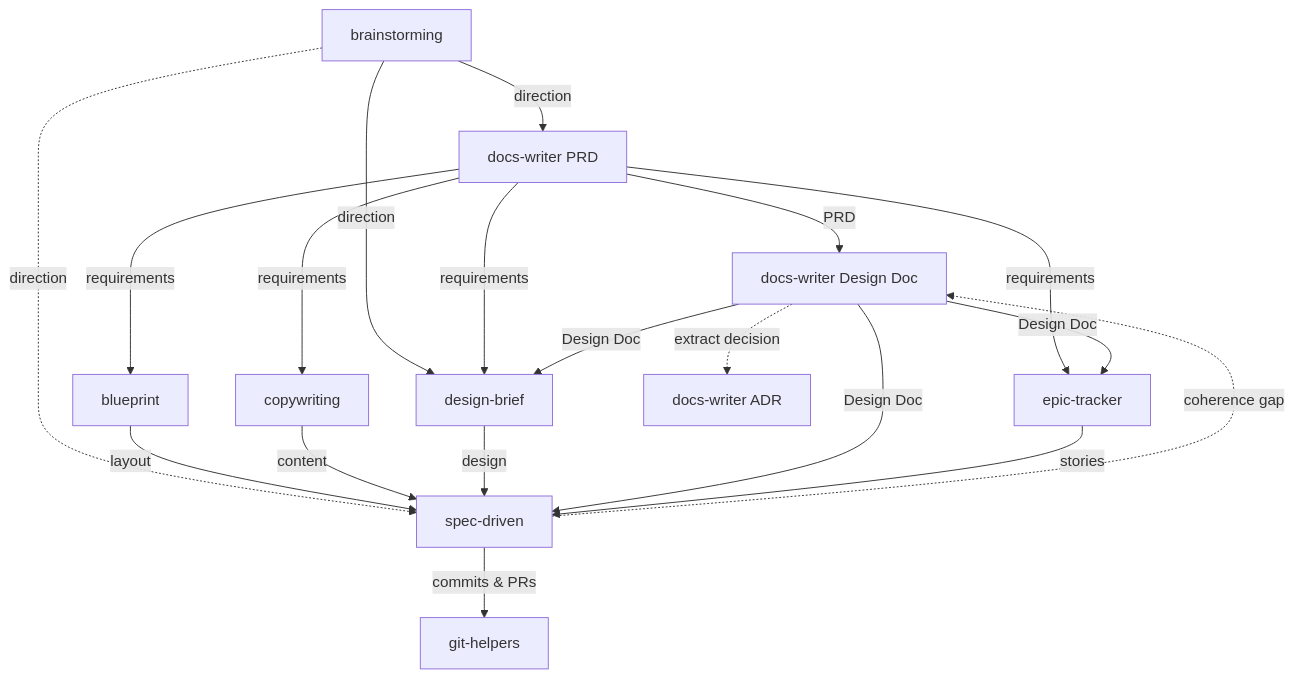
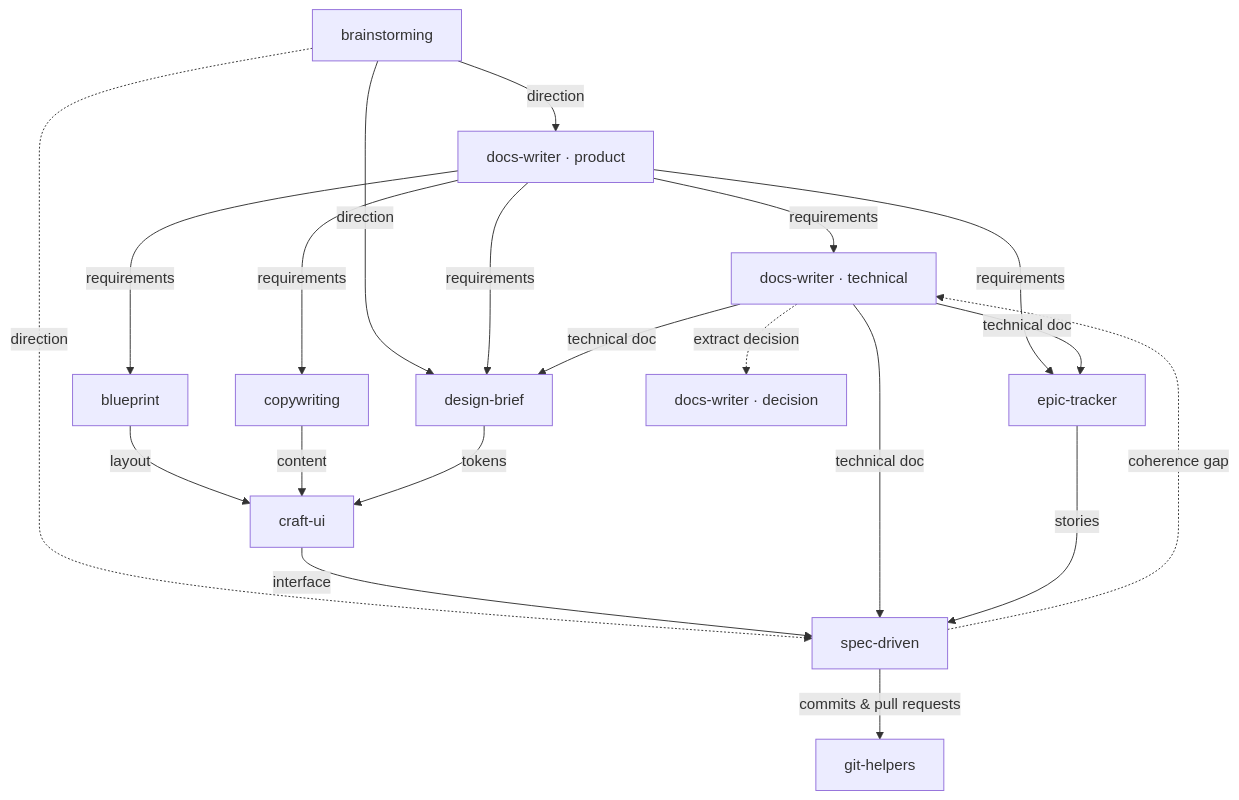
One commit to adeonir/agent-skills changed the diagram in README.md. Above: the diagram before and after it, drawn with Mermaid. The commit also changed other lines of this file and 1 other file, not shown here.

Commit message:
docs: add craft-ui to the pipeline and slim repo guidance

````diff
--- a/README.md
+++ b/README.md
@@ -46,21 +47,22 @@
 ```mermaid
 flowchart TD
-    BR[brainstorming] -->|direction| DW_PRD[docs-writer PRD]
+    BR[brainstorming] -->|direction| DW_PRD[docs-writer · product]
     BR -->|direction| DB[design-brief]
     BR -.->|direction| SD[spec-driven]
-    DW_PRD -->|PRD| DW_DD[docs-writer Design Doc]
+    DW_PRD -->|requirements| DW_DD[docs-writer · technical]
     DW_PRD -->|requirements| ET[epic-tracker]
     DW_PRD -->|requirements| DB
     DW_PRD -->|requirements| BP[blueprint]
     DW_PRD -->|requirements| CW[copywriting]
-    BP -->|layout| SD
-    CW -->|content| SD
-    DB -->|design| SD
-    DW_DD -->|Design Doc| SD
-    DW_DD -->|Design Doc| ET
-    DW_DD -->|Design Doc| DB
-    DW_DD -.->|extract decision| DW_ADR[docs-writer ADR]
+    BP -->|layout| CU[craft-ui]
+    CW -->|content| CU
+    DB -->|tokens| CU
+    CU -->|interface| SD
+    DW_DD -->|technical doc| SD
+    DW_DD -->|technical doc| ET
+    DW_DD -->|technical doc| DB
+    DW_DD -.->|extract decision| DW_ADR[docs-writer · decision]
     ET -->|stories| SD
-    SD -->|commits & PRs| GH[git-helpers]
+    SD -->|commits & pull requests| GH[git-helpers]
     SD -.->|coherence gap| DW_DD
 ```
````
